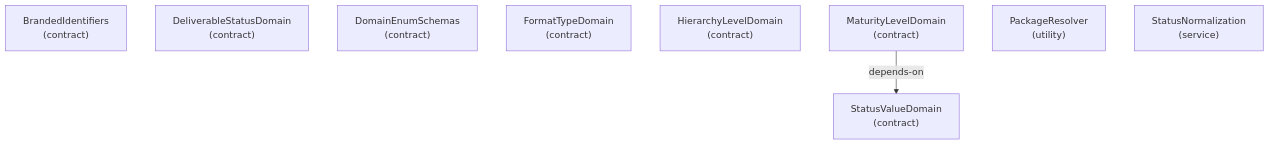
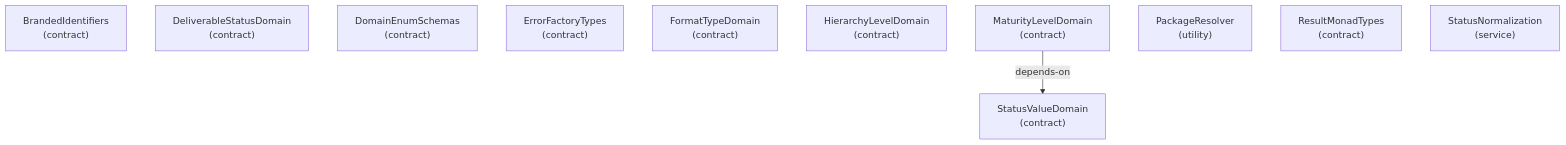
The eighth of 23 diagrams in docs-live/ARCHITECTURE.md (libar-dev/architect), drawn with Mermaid before and after one commit. The commit also changed other lines of this file and 185 other files, not shown here.

Commit message:
refactor(architect): replace facade with frozen graph handle

````diff
--- a/docs-live/ARCHITECTURE.md
+++ b/docs-live/ARCHITECTURE.md
@@ -237,13 +235,15 @@
 ```mermaid
 graph TD
   brandedidentifiers["BrandedIdentifiers<br/>(contract)"]
   deliverablestatusdomain["DeliverableStatusDomain<br/>(contract)"]
   domainenumschemas["DomainEnumSchemas<br/>(contract)"]
+  errorfactorytypes["ErrorFactoryTypes<br/>(contract)"]
   formattypedomain["FormatTypeDomain<br/>(contract)"]
   hierarchyleveldomain["HierarchyLevelDomain<br/>(contract)"]
   maturityleveldomain["MaturityLevelDomain<br/>(contract)"]
   packageresolver["PackageResolver<br/>(utility)"]
+  resultmonadtypes["ResultMonadTypes<br/>(contract)"]
   statusnormalization["StatusNormalization<br/>(service)"]
   statusvaluedomain["StatusValueDomain<br/>(contract)"]
   maturityleveldomain -->|depends-on| statusvaluedomain
 ```
````
